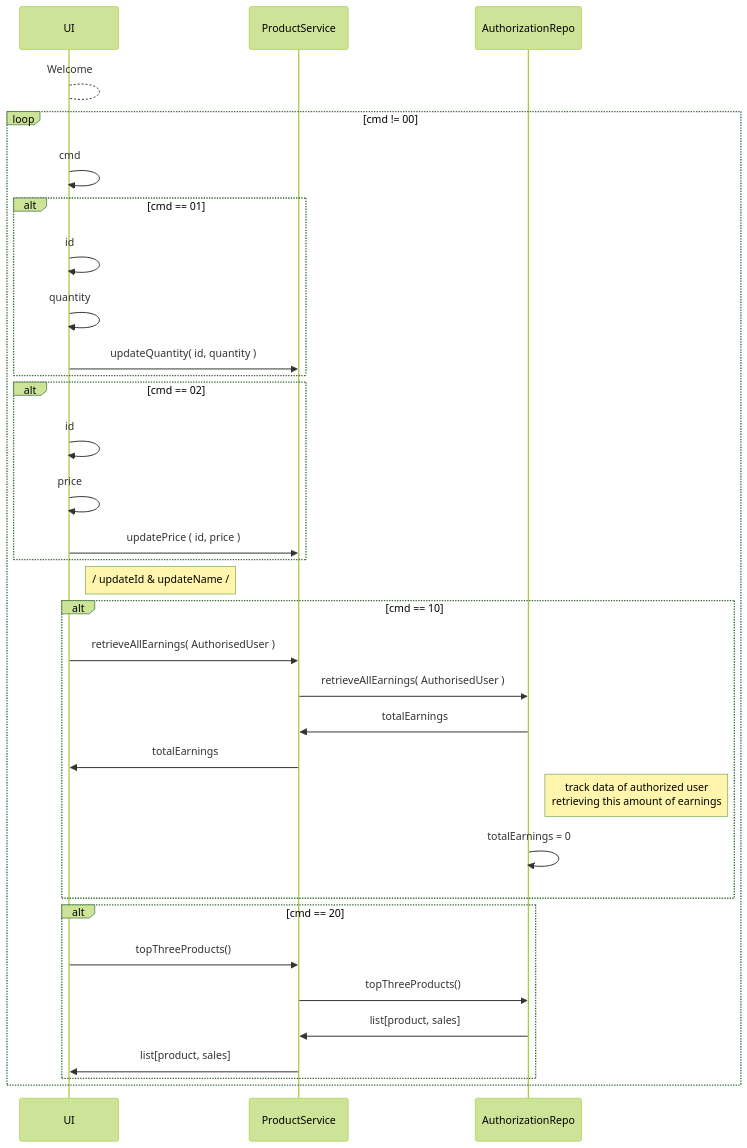
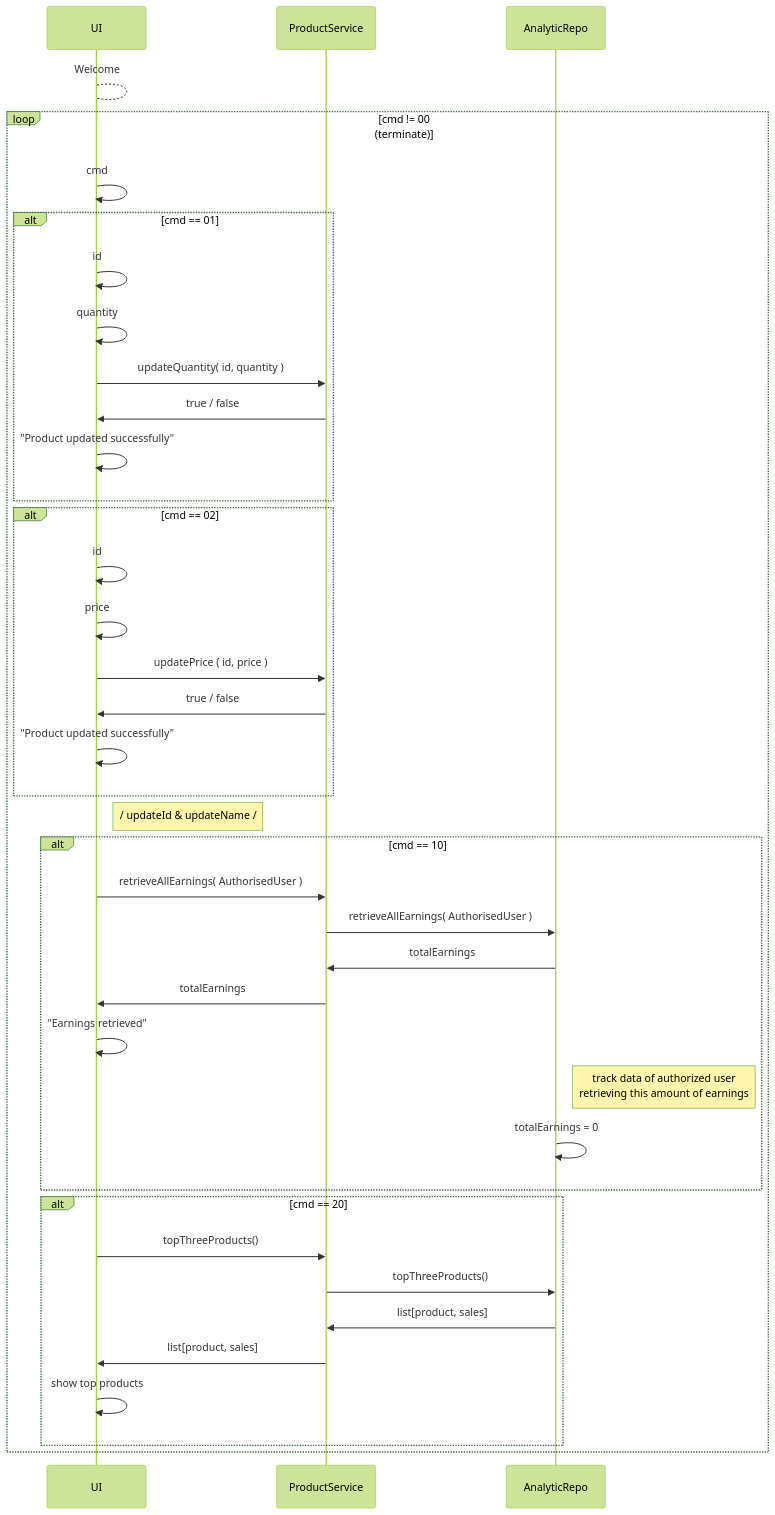
The fifth of 5 diagrams in README.md (Apameus/Vending_Machine), drawn with Mermaid (forest theme) before and after one commit.

Commit message:
Command Docs updated

````diff
--- a/README.md
+++ b/README.md
@@ -131,39 +131,45 @@
 ```mermaid
 sequenceDiagram
 participant UI
 participant PS as ProductService
-participant AR as AuthorizationRepo
+participant AR as AnalyticRepo
         
 UI --> UI: Welcome
-loop cmd != 00
+loop cmd != 00 <br> (terminate)
     UI ->> UI: cmd
     alt cmd == 01
         UI ->> UI: id
         UI ->> UI: quantity
         UI ->> PS: updateQuantity( id, quantity )
+        PS ->> UI: true / false
+        UI ->> UI: "Product updated successfully"
     end
     alt cmd == 02
         UI ->> UI: id
         UI ->> UI: price
         UI ->> PS: updatePrice ( id, price )
+        PS ->> UI: true / false
+        UI ->> UI: "Product updated successfully"
     end
         
     Note right of UI: / updateId & updateName /
         
     alt cmd == 10
         UI ->> PS: retrieveAllEarnings( AuthorisedUser )
         PS ->> AR: retrieveAllEarnings( AuthorisedUser )
         AR ->> PS: totalEarnings
         PS ->> UI: totalEarnings
+        UI ->> UI: "Earnings retrieved"
         Note right of AR: track data of authorized user <br> retrieving this amount of earnings 
         AR ->> AR: totalEarnings = 0
     end
         
     alt cmd == 20
             UI ->> PS: topThreeProducts()
             PS ->> AR: topThreeProducts()
             AR ->> PS: list[product, sales]
             PS ->> UI: list[product, sales]
+            UI ->> UI: show top products
     end
 end
 ```
````
